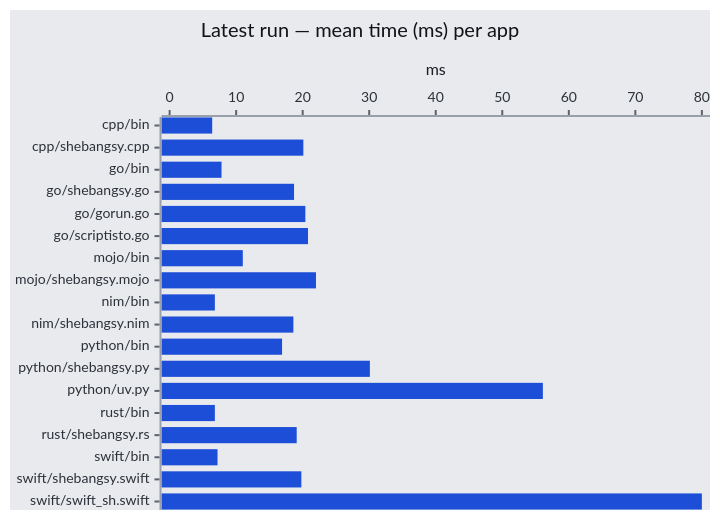
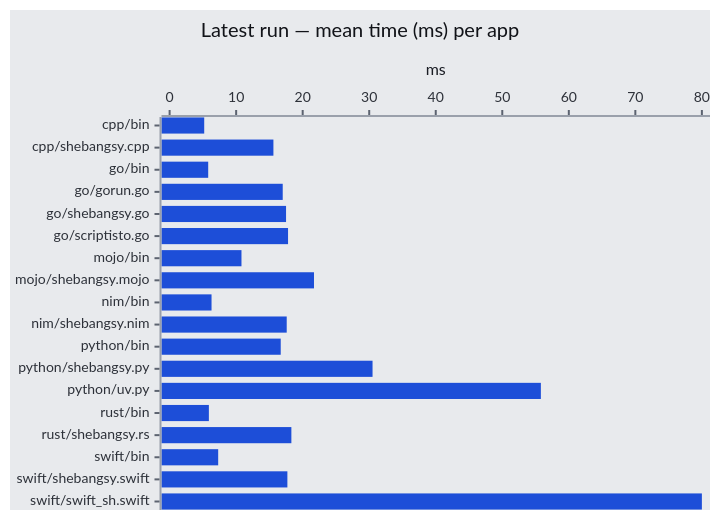
One commit to bdombro/shebangsy changed the second of 5 diagrams in benches-report.md. Above: the diagram before and after it, drawn with Mermaid. The commit also changed other lines of this file and 15 other files, not shown here.

````diff
--- a/benches-report.md
+++ b/benches-report.md
@@ -45,23 +45,23 @@
 ```mermaid
 ---
 config:
   themeVariables:
     xyChart:
       backgroundColor: "#e8eaed"
       plotColorPalette: "#1d4ed8, #1d4ed8, #15803d, #15803d, #15803d, #15803d, #a16207, #a16207, #7c3aed, #7c3aed, #b91c1c, #b91c1c, #b91c1c, #0e7490, #0e7490, #4338ca, #4338ca, #4338ca"
       titleColor: "#111318"
       xAxisLabelColor: "#2d3139"
       yAxisLabelColor: "#2d3139"
       xAxisTitleColor: "#1a1d24"
       yAxisTitleColor: "#1a1d24"
       xAxisLineColor: "#9aa0ab"
       yAxisLineColor: "#9aa0ab"
       xAxisTickColor: "#5c6370"
       yAxisTickColor: "#5c6370"
 ---
 xychart-beta horizontal
     title "Latest run — mean time (ms) per app"
-    x-axis ["cpp/bin", "cpp/shebangsy.cpp", "go/bin", "go/shebangsy.go", "go/gorun.go", "go/scriptisto.go", "mojo/bin", "mojo/shebangsy.mojo", "nim/bin", "nim/shebangsy.nim", "python/bin", "python/shebangsy.py", "python/uv.py", "rust/bin", "rust/shebangsy.rs", "swift/bin", "swift/shebangsy.swift", "swift/swift_sh.swift"]
+    x-axis ["cpp/bin", "cpp/shebangsy.cpp", "go/bin", "go/gorun.go", "go/shebangsy.go", "go/scriptisto.go", "mojo/bin", "mojo/shebangsy.mojo", "nim/bin", "nim/shebangsy.nim", "python/bin", "python/shebangsy.py", "python/uv.py", "rust/bin", "rust/shebangsy.rs", "swift/bin", "swift/shebangsy.swift", "swift/swift_sh.swift"]
     y-axis "ms" 0 --> 80
-    bar [6.4, 20.1, 7.8, 18.7, 20.4, 20.8, 11.0, 22.0, 6.8, 18.6, 16.9, 30.1, 56.1, 6.8, 19.1, 7.2, 19.8, 80.0]
+    bar [5.2, 15.6, 5.8, 17.0, 17.5, 17.8, 10.8, 21.7, 6.3, 17.6, 16.7, 30.5, 55.8, 5.9, 18.3, 7.3, 17.7, 80.0]
 ```
````
